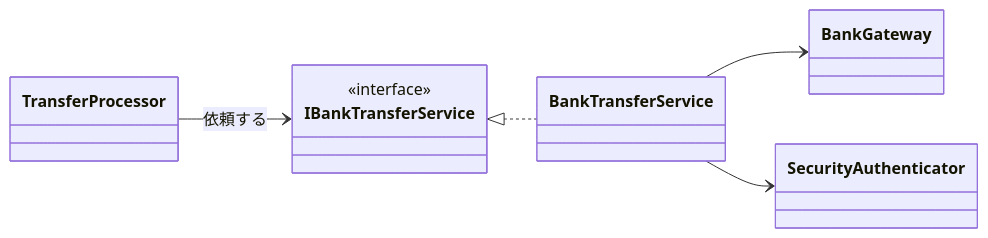
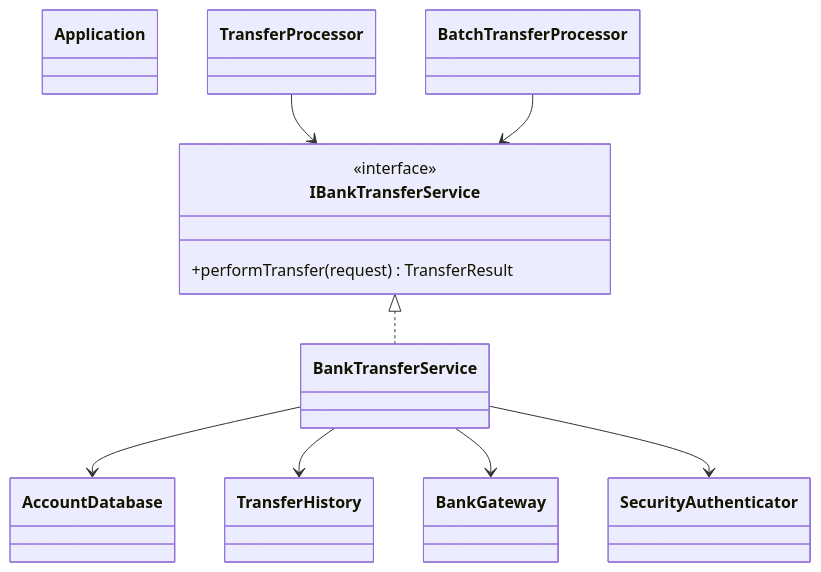
One commit to kumachan1101-pixel/DesignPattern changed the sixth of 11 diagrams in kindle/design-patterns/output/chapter02.md. Above: the diagram before and after it, drawn with Mermaid. The commit also changed other lines of this file and 19 other files, not shown here.

````diff
--- a/kindle/design-patterns/output/chapter02.md
+++ b/kindle/design-patterns/output/chapter02.md
@@ -1697,9 +1504,22 @@
 ```mermaid
 classDiagram
-    direction LR
-    class IBankTransferService { <<interface>> }
-    TransferProcessor --> IBankTransferService : 依頼する
+    class Application
+    class TransferProcessor
+    class BatchTransferProcessor
+    class IBankTransferService {
+        <<interface>>
+        +performTransfer(request) TransferResult
+    }
+    class BankTransferService
+    class AccountDatabase
+    class TransferHistory
+    class BankGateway
+    class SecurityAuthenticator
+    TransferProcessor --> IBankTransferService
+    BatchTransferProcessor --> IBankTransferService
     IBankTransferService <|.. BankTransferService
+    BankTransferService --> AccountDatabase
+    BankTransferService --> TransferHistory
     BankTransferService --> BankGateway
     BankTransferService --> SecurityAuthenticator
 ```
````
